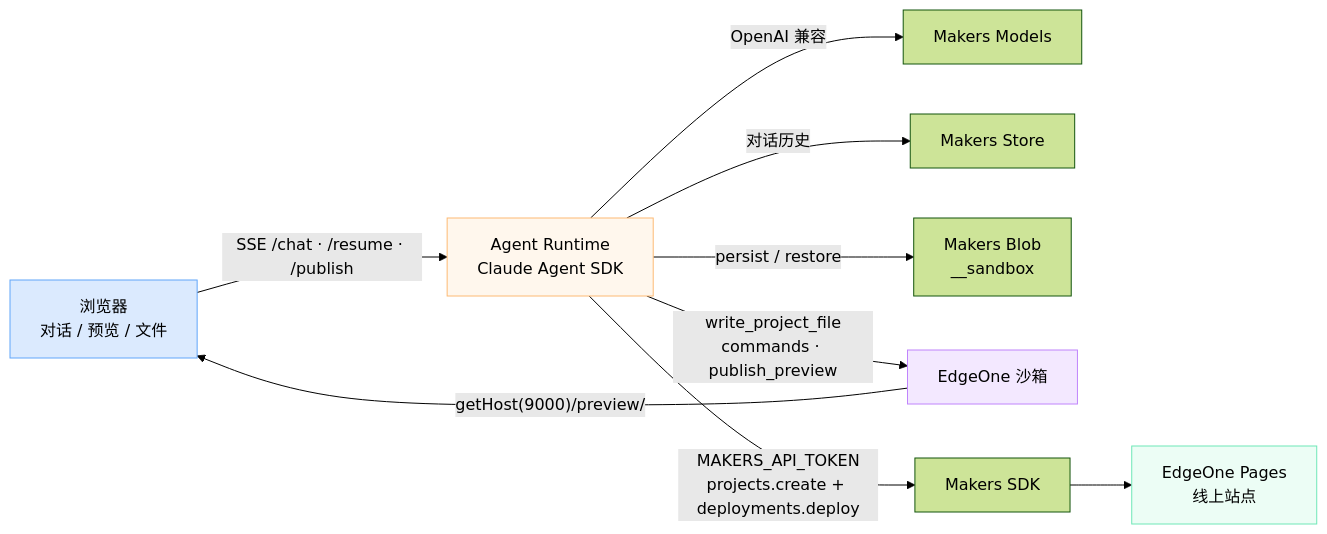
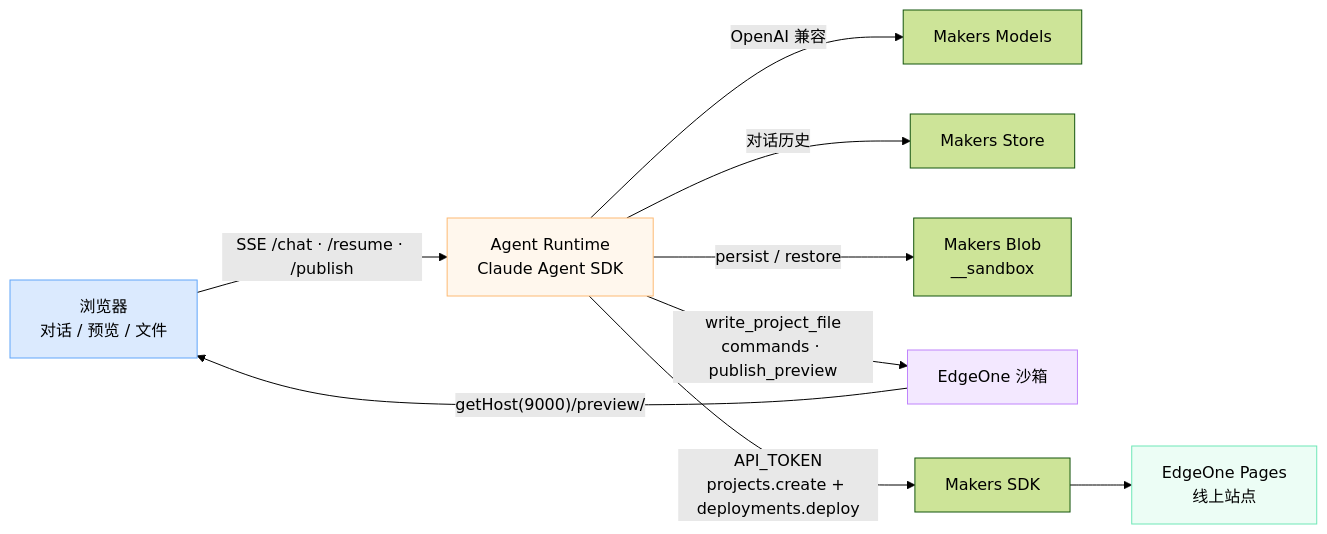
Before and after one commit to TencentEdgeOne/vibe-coding-agent: the diagram in docs/template-example.md, drawn with Mermaid (forest theme). The commit also changed other lines of this file and 46 other files, not shown here.

First line of the commit message:
Move project publish onto an MCP deploy tool and standardize on API_TOKEN.

````diff
--- a/docs/template-example.md
+++ b/docs/template-example.md
@@ -33,16 +33,16 @@
 ```mermaid
 flowchart LR
     U["浏览器<br/>对话 / 预览 / 文件"] -->|"SSE /chat · /resume · /publish"| R["Agent Runtime<br/>Claude Agent SDK"]
     R -->|"OpenAI 兼容"| M["Makers Models"]
     R -->|"对话历史"| S["Makers Store"]
     R -->|"persist / restore"| B["Makers Blob<br/>__sandbox"]
     R -->|"write_project_file<br/>commands · publish_preview"| X["EdgeOne 沙箱"]
     X -->|"getHost(9000)/preview/"| U
-    R -->|"MAKERS_API_TOKEN<br/>projects.create + deployments.deploy"| P["Makers SDK"]
+    R -->|"API_TOKEN<br/>projects.create + deployments.deploy"| P["Makers SDK"]
     P --> E["EdgeOne Pages<br/>线上站点"]
 
     style U fill:#dbeafe,stroke:#60a5fa
     style R fill:#fff7ed,stroke:#fdba74
     style X fill:#f3e8ff,stroke:#c084fc
     style E fill:#ecfdf5,stroke:#6ee7b7
 ```
````
